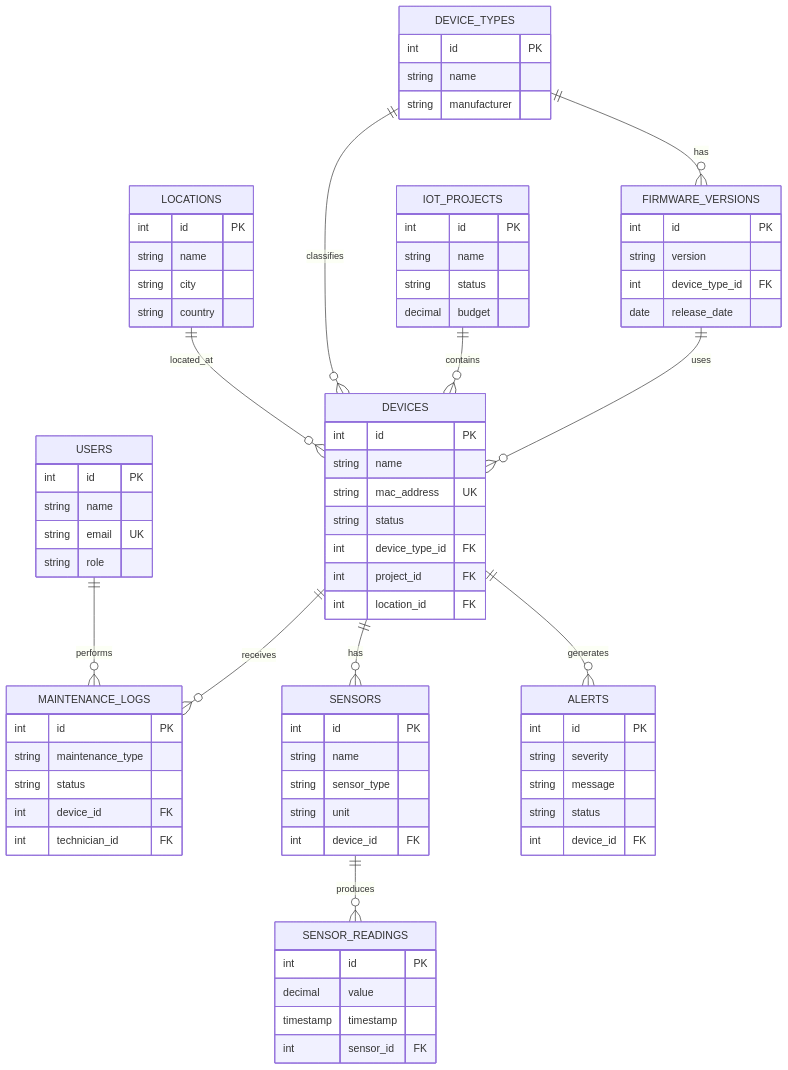
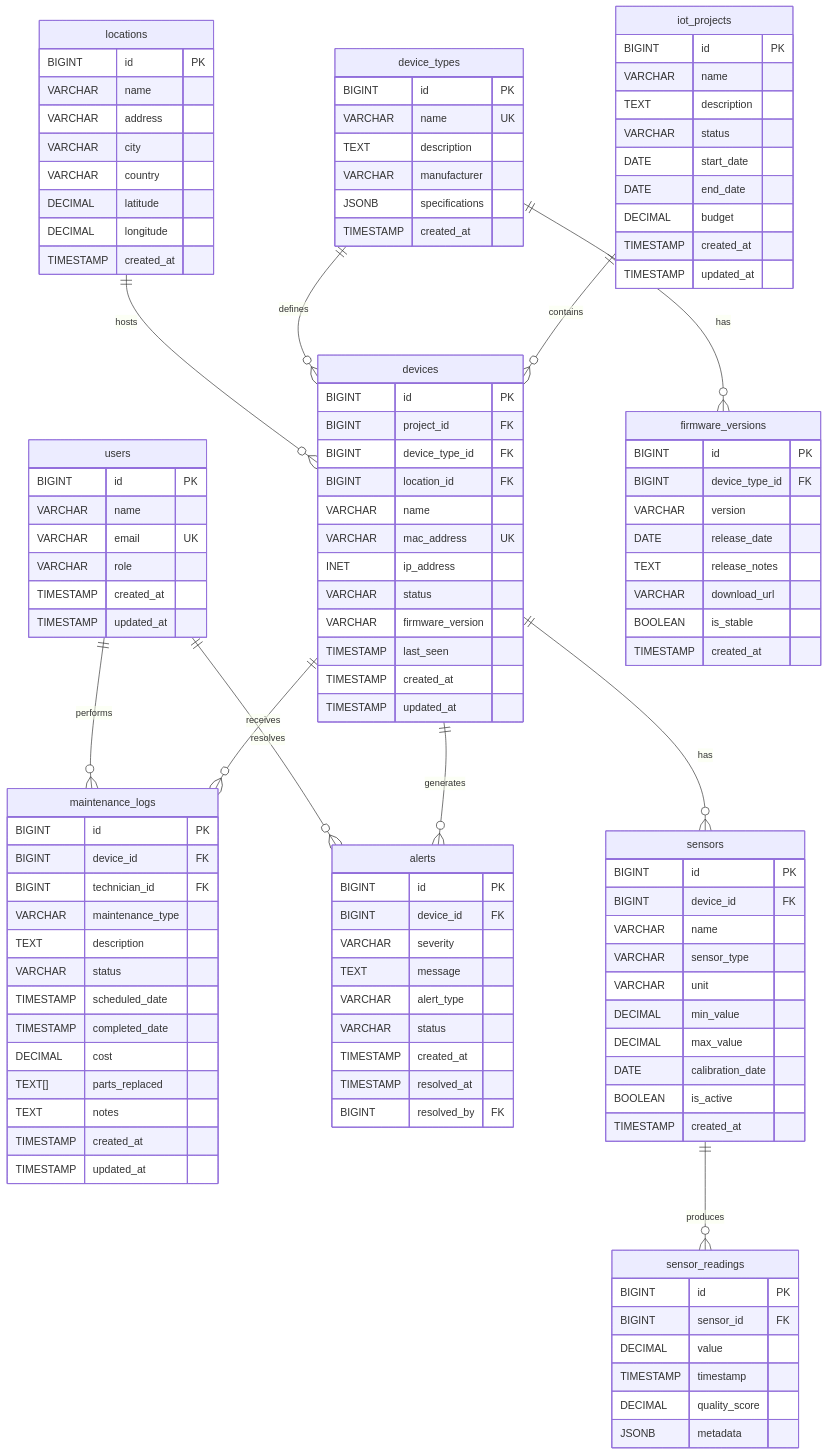
One commit to jhulio435m/iot-management-system changed the second of 2 diagrams in README.md. Above: the diagram before and after it, drawn with Mermaid.

````diff
--- a/README.md
+++ b/README.md
@@ -172,88 +172,135 @@
 ```mermaid
 erDiagram
-    USERS ||--o{ MAINTENANCE_LOGS : performs
-    LOCATIONS ||--o{ DEVICES : located_at
-    DEVICE_TYPES ||--o{ DEVICES : classifies
-    DEVICE_TYPES ||--o{ FIRMWARE_VERSIONS : has
-    IOT_PROJECTS ||--o{ DEVICES : contains
-    FIRMWARE_VERSIONS ||--o{ DEVICES : uses
-    DEVICES ||--o{ SENSORS : has
-    DEVICES ||--o{ ALERTS : generates
-    DEVICES ||--o{ MAINTENANCE_LOGS : receives
-    SENSORS ||--o{ SENSOR_READINGS : produces
+    users ||--o{ maintenance_logs : "performs"
+    users ||--o{ alerts : "resolves"
     
-    USERS {
-        int id PK
-        string name
-        string email UK
-        string role
+    locations ||--o{ devices : "hosts"
+    
+    device_types ||--o{ devices : "defines"
+    device_types ||--o{ firmware_versions : "has"
+    
+    iot_projects ||--o{ devices : "contains"
+    
+    devices ||--o{ sensors : "has"
+    devices ||--o{ alerts : "generates"
+    devices ||--o{ maintenance_logs : "receives"
+    
+    sensors ||--o{ sensor_readings : "produces"
+
+    users {
+        BIGINT id PK
+        VARCHAR name
+        VARCHAR email UK
+        VARCHAR role
+        TIMESTAMP created_at
+        TIMESTAMP updated_at
     }
     
-    LOCATIONS {
-        int id PK
-        string name
-        string city
-        string country
+    locations {
+        BIGINT id PK
+        VARCHAR name
+        VARCHAR address
+        VARCHAR city
+        VARCHAR country
+        DECIMAL latitude
+        DECIMAL longitude
+        TIMESTAMP created_at
     }
     
-    DEVICE_TYPES {
-        int id PK
-        string name
-        string manufacturer
+    device_types {
+        BIGINT id PK
+        VARCHAR name UK
+        TEXT description
+        VARCHAR manufacturer
+        JSONB specifications
+        TIMESTAMP created_at
     }
     
-    IOT_PROJECTS {
-        int id PK
-        string name
-        string status
-        decimal budget
+    iot_projects {
+        BIGINT id PK
+        VARCHAR name
+        TEXT description
+        VARCHAR status
+        DATE start_date
+        DATE end_date
+        DECIMAL budget
+        TIMESTAMP created_at
+        TIMESTAMP updated_at
     }
     
-    FIRMWARE_VERSIONS {
-        int id PK
-        string version
-        int device_type_id FK
-        date release_date
+    firmware_versions {
+        BIGINT id PK
+        BIGINT device_type_id FK
+        VARCHAR version
+        DATE release_date
+        TEXT release_notes
+        VARCHAR download_url
+        BOOLEAN is_stable
+        TIMESTAMP created_at
     }
     
-    DEVICES {
-        int id PK
-        string name
-        string mac_address UK
-        string status
-        int device_type_id FK
-        int project_id FK
-        int location_id FK
+    devices {
+        BIGINT id PK
+        BIGINT project_id FK
+        BIGINT device_type_id FK
+        BIGINT location_id FK
+        VARCHAR name
+        VARCHAR mac_address UK
+        INET ip_address
+        VARCHAR status
+        VARCHAR firmware_version
+        TIMESTAMP last_seen
+        TIMESTAMP created_at
+        TIMESTAMP updated_at
     }
     
-    SENSORS {
-        int id PK
-        string name
-        string sensor_type
-        string unit
-        int device_id FK
+    sensors {
+        BIGINT id PK
+        BIGINT device_id FK
+        VARCHAR name
+        VARCHAR sensor_type
+        VARCHAR unit
+        DECIMAL min_value
+        DECIMAL max_value
+        DATE calibration_date
+        BOOLEAN is_active
+        TIMESTAMP created_at
     }
     
-    SENSOR_READINGS {
-        int id PK
-        decimal value
-        timestamp timestamp
-        int sensor_id FK
+    sensor_readings {
+        BIGINT id PK
+        BIGINT sensor_id FK
+        DECIMAL value
+        TIMESTAMP timestamp
+        DECIMAL quality_score
+        JSONB metadata
     }
     
-    ALERTS {
-        int id PK
-        string severity
-        string message
-        string status
-        int device_id FK
+    alerts {
+        BIGINT id PK
+        BIGINT device_id FK
+        VARCHAR severity
+        TEXT message
+        VARCHAR alert_type
+        VARCHAR status
+        TIMESTAMP created_at
+        TIMESTAMP resolved_at
+        BIGINT resolved_by FK
     }
     
-    MAINTENANCE_LOGS {
-        int id PK
-        string maintenance_type
-        string status
-        int device_id FK
-        int technician_id FK
+    maintenance_logs {
+        BIGINT id PK
+        BIGINT device_id FK
+        BIGINT technician_id FK
+        VARCHAR maintenance_type
+        TEXT description
+        VARCHAR status
+        TIMESTAMP scheduled_date
+        TIMESTAMP completed_date
+        DECIMAL cost
+        TEXT[] parts_replaced
+        TEXT notes
+        TIMESTAMP created_at
+        TIMESTAMP updated_at
     }
 ```
````
